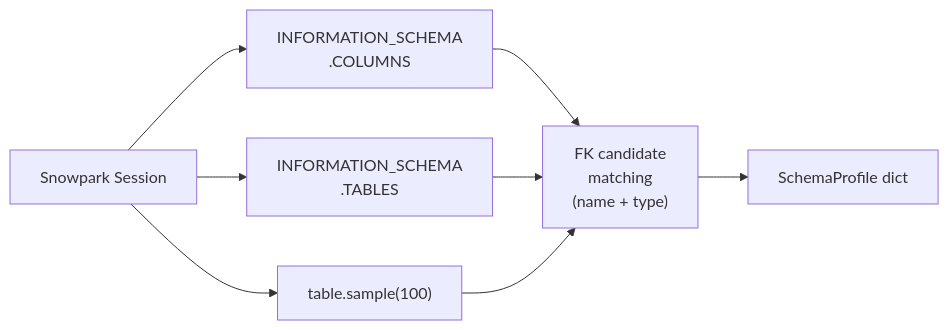
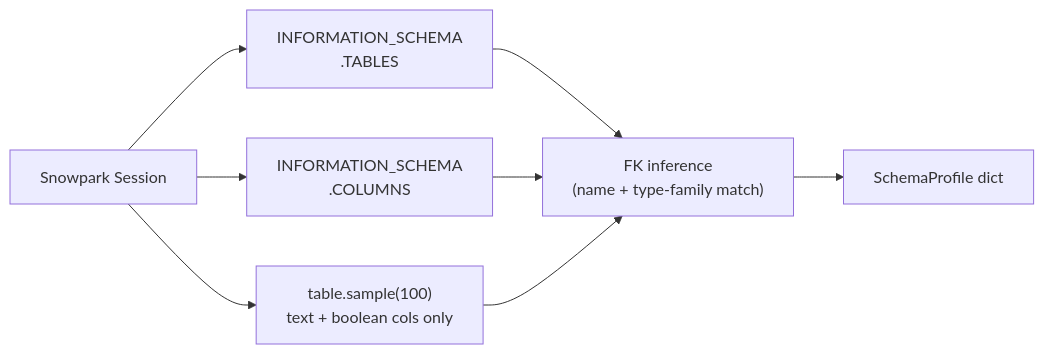
The third of 13 diagrams in .claude/architecture/ARCHITECTURE.md (CynicDog/semantic-model-weaver), drawn with Mermaid before and after one commit. The commit also changed other lines of this file and 21 other files, not shown here.

````diff
--- a/.claude/architecture/ARCHITECTURE.md
+++ b/.claude/architecture/ARCHITECTURE.md
@@ -169,12 +228,12 @@
 ```mermaid
 flowchart LR
     sp["Snowpark Session"]
+    it["INFORMATION_SCHEMA\n.TABLES"]
     ic["INFORMATION_SCHEMA\n.COLUMNS"]
-    it["INFORMATION_SCHEMA\n.TABLES"]
-    samp["table.sample(100)"]
-    fk["FK candidate\nmatching\n(name + type)"]
+    samp["table.sample(100)\ntext + boolean cols only"]
+    fk["FK inference\n(name + type-family match)"]
     out["SchemaProfile dict"]
 
-    sp --> ic & it & samp
-    ic & it & samp --> fk --> out
+    sp --> it & ic & samp
+    it & ic & samp --> fk --> out
 ```
````
